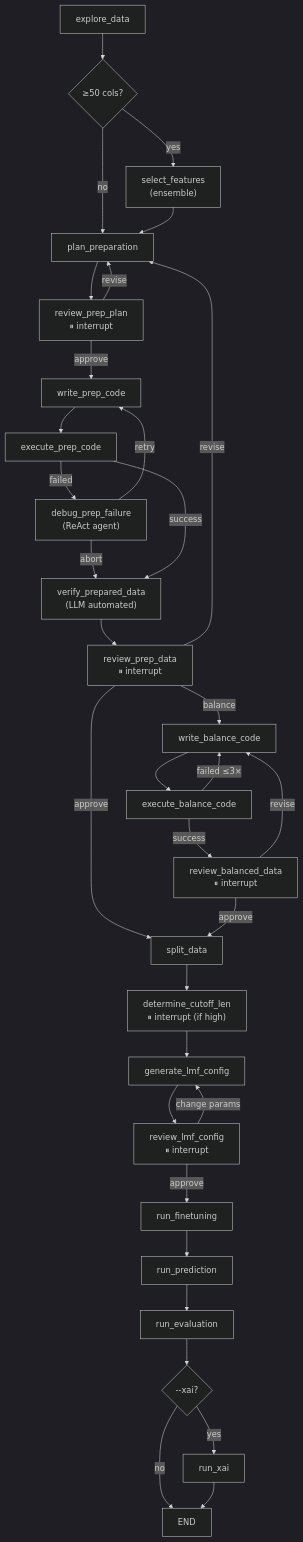
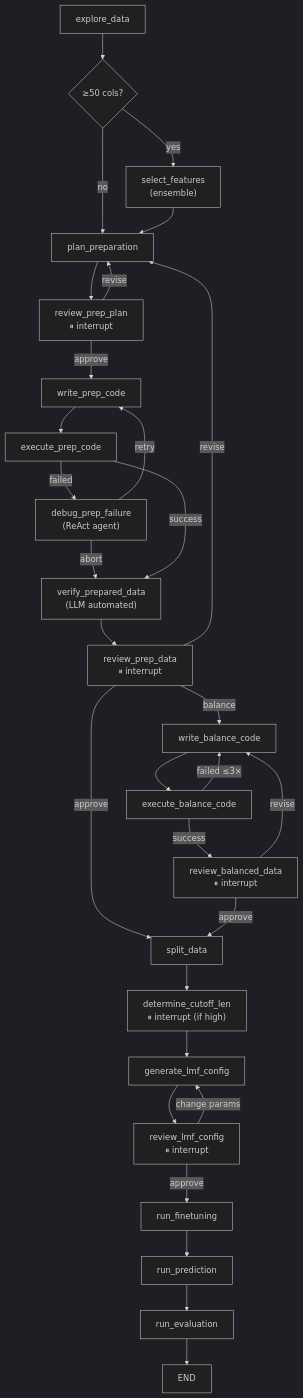
One commit to Qingtian-Zou/auto-llm-predictor changed the diagram in README.md. Above: the diagram before and after it, drawn with Mermaid (dark theme). The commit also changed other lines of this file and 8 other files, not shown here.

````diff
--- a/README.md
+++ b/README.md
@@ -23,35 +23,32 @@
 ```mermaid
 graph TD
     A["explore_data"] --> B{"≥50 cols?"}
     B -->|yes| FS["select_features<br/>(ensemble)"]
     B -->|no| C["plan_preparation"]
     FS --> C
     C --> RP["review_prep_plan<br/>⏸ interrupt"]
     RP -->|approve| D["write_prep_code"]
     RP -->|revise| C
     D --> E["execute_prep_code"]
     E -->|failed| DBG["debug_prep_failure<br/>(ReAct agent)"]
     DBG -->|retry| D
     DBG -->|abort| V
     E -->|success| V["verify_prepared_data<br/>(LLM automated)"]
     V --> R1["review_prep_data<br/>⏸ interrupt"]
     R1 -->|approve| S["split_data"]
     R1 -->|balance| WB["write_balance_code"]
     R1 -->|revise| C
     WB --> EB["execute_balance_code"]
     EB -->|failed ≤3×| WB
     EB -->|success| RB["review_balanced_data<br/>⏸ interrupt"]
     RB -->|approve| S
     RB -->|revise| WB
     S --> CL["determine_cutoff_len<br/>⏸ interrupt (if high)"]
     CL --> F["generate_lmf_config"]
     F --> R2["review_lmf_config<br/>⏸ interrupt"]
     R2 -->|approve| G["run_finetuning"]
     R2 -->|change params| F
     G --> H["run_prediction"]
     H --> I["run_evaluation"]
-    I --> X{"--xai?"}
-    X -->|yes| XAI["run_xai"]
-    X -->|no| DONE["END"]
-    XAI --> DONE
+    I --> DONE["END"]
 ```
````
